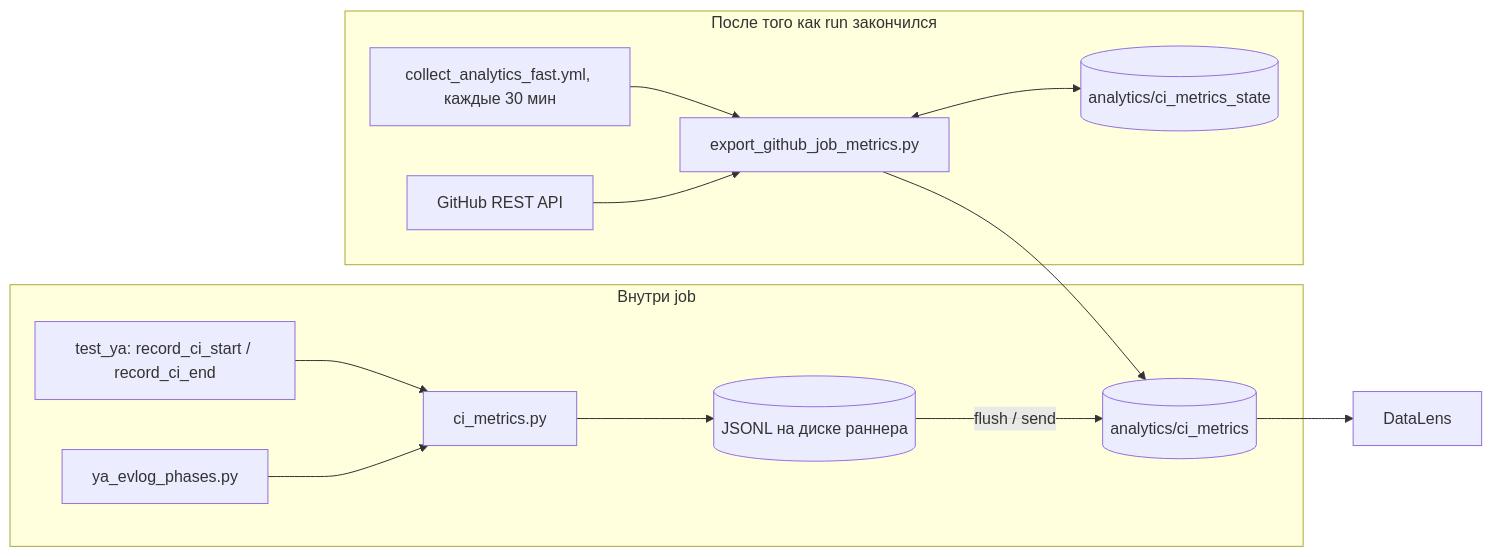
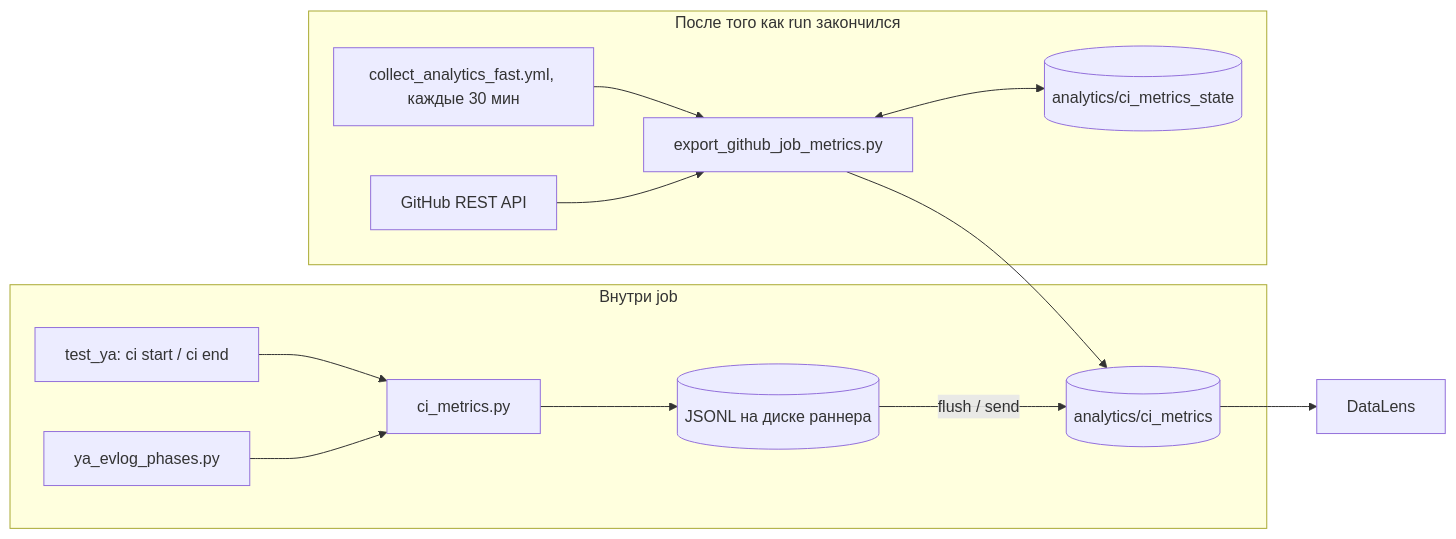
Before and after one commit to ydb-platform/ydb: the diagram in .github/scripts/utils/analytics/README.md, drawn with Mermaid. The commit also changed other lines of this file and 6 other files, not shown here.

First line of the commit message:
ci: move test_ya span helpers into ci_metrics.py

````diff
--- a/.github/scripts/utils/analytics/README.md
+++ b/.github/scripts/utils/analytics/README.md
@@ -13,16 +13,16 @@
 ```mermaid
 flowchart LR
   subgraph inJob [Внутри job]
-    bash["test_ya: record_ci_start / record_ci_end"] --> cli["ci_metrics.py"]
+    bash["test_ya: ci start / ci end"] --> cli["ci_metrics.py"]
     evlog["ya_evlog_phases.py"] --> cli
     cli --> jsonl[("JSONL на диске раннера")]
     jsonl -->|"flush / send"| ydb
   end
   subgraph after [После того как run закончился]
     cron["collect_analytics_fast.yml, каждые 30 мин"] --> exp["export_github_job_metrics.py"]
     gh["GitHub REST API"] --> exp
     exp --> ydb
     exp <--> st[("analytics/ci_metrics_state")]
   end
   ydb[("analytics/ci_metrics")] --> dl["DataLens"]
 ```
````
